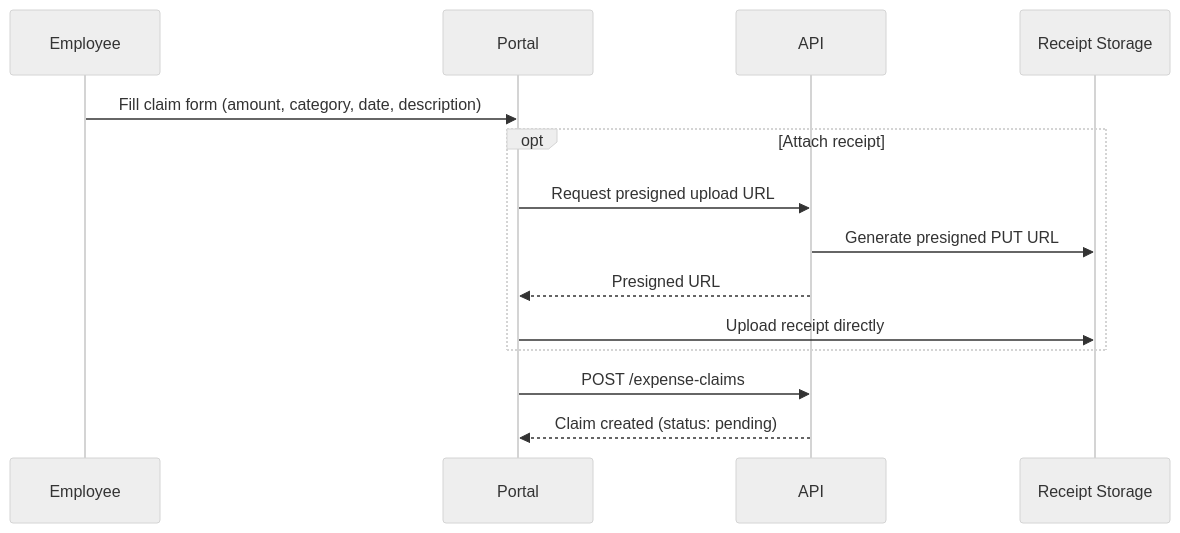
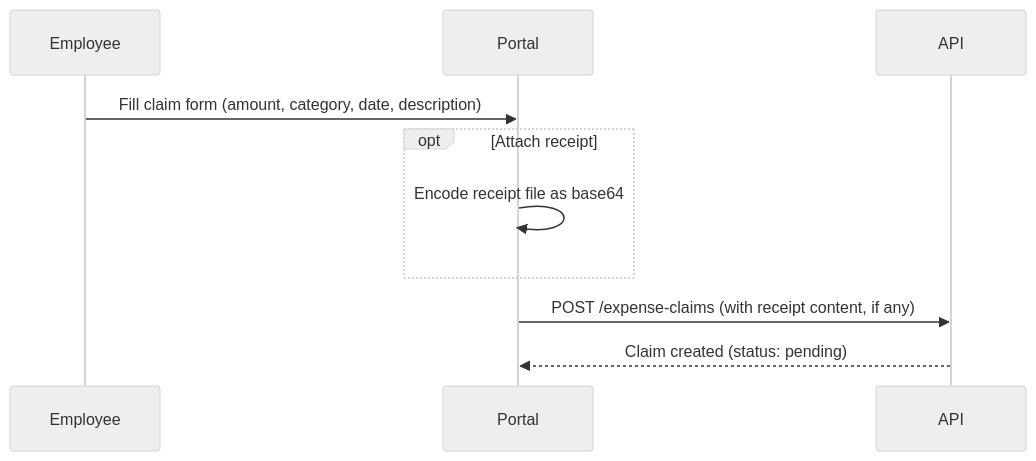
The third of 6 diagrams in specs/design/design.md (asdlc-repos/employees-submit-expense5721), drawn with Mermaid (neutral theme) before and after one commit. The commit also changed other lines of this file and 3 other files, not shown here.

````diff
--- a/specs/design/design.md
+++ b/specs/design/design.md
@@ -77,17 +78,13 @@
 ```mermaid
 sequenceDiagram
   participant E as Employee
   participant W as Portal
   participant A as API
-  participant S as Receipt Storage
 
   E->>W: Fill claim form (amount, category, date, description)
   opt Attach receipt
-    W->>A: Request presigned upload URL
-    A->>S: Generate presigned PUT URL
-    A-->>W: Presigned URL
-    W->>S: Upload receipt directly
+    W->>W: Encode receipt file as base64
   end
-  W->>A: POST /expense-claims
+  W->>A: POST /expense-claims (with receipt content, if any)
   A-->>W: Claim created (status: pending)
 ```
````
